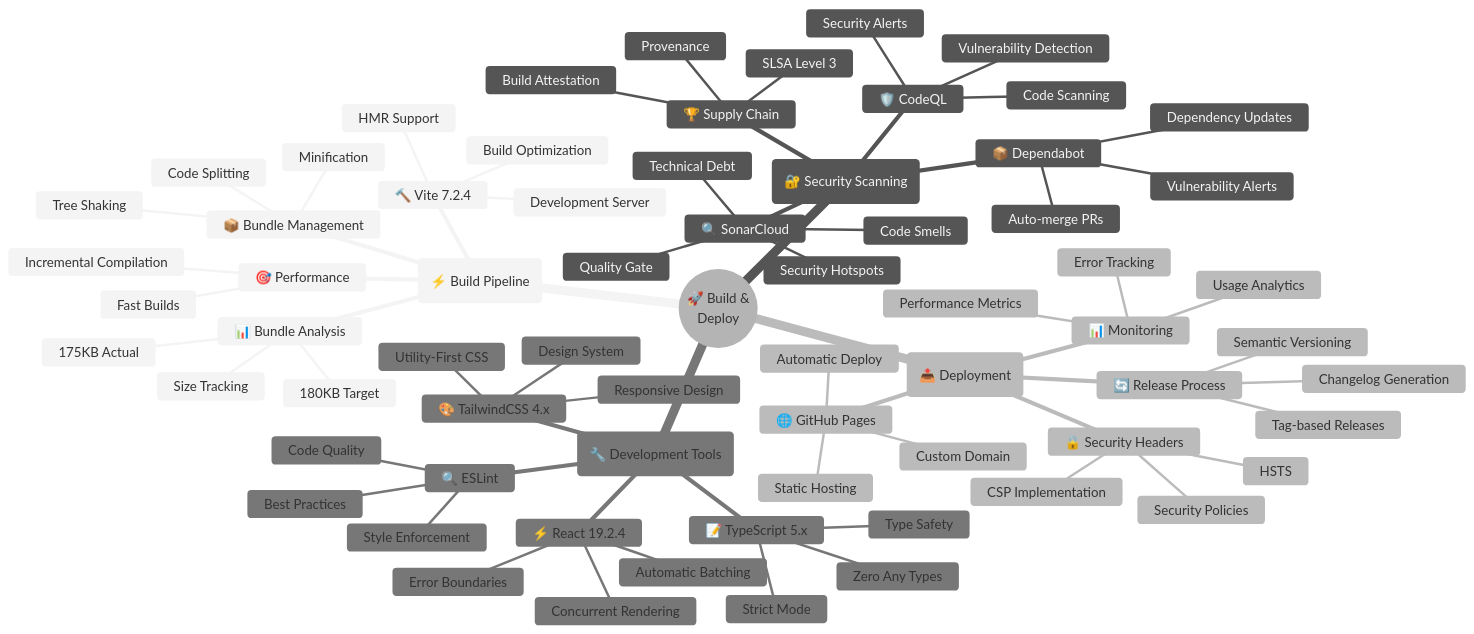
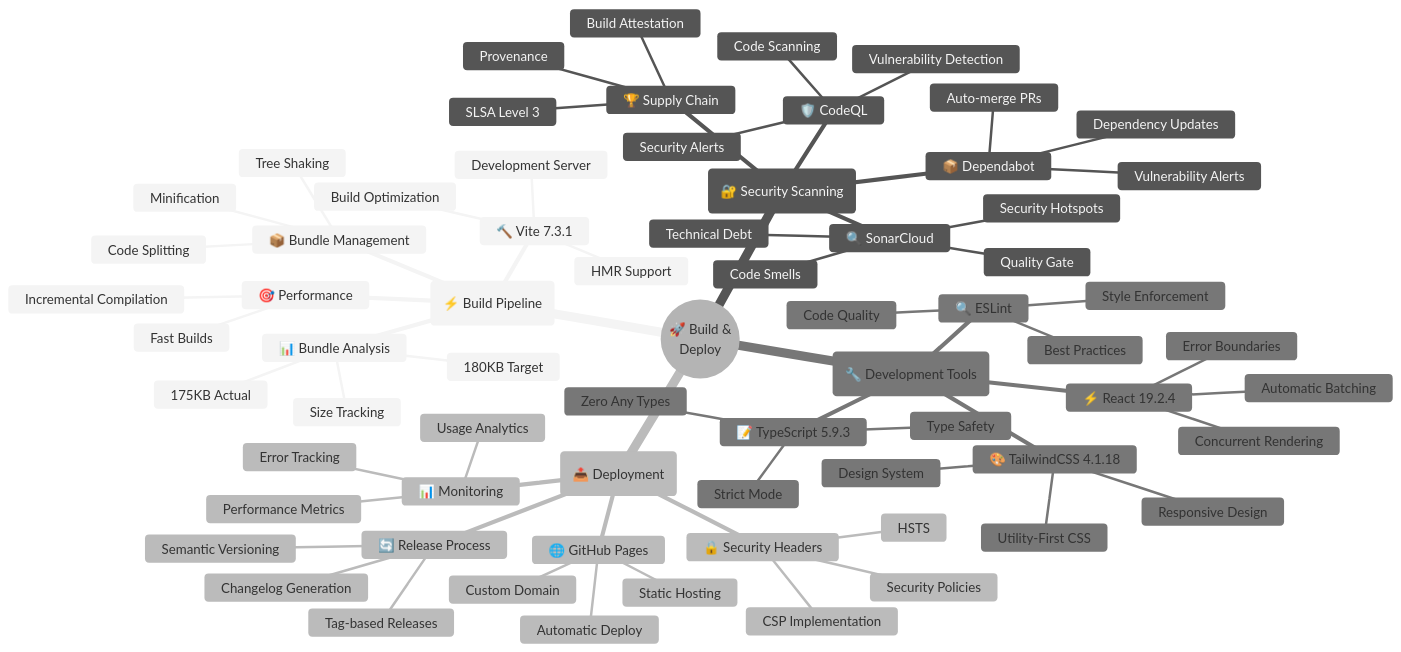
The sixth of 13 diagrams in docs/architecture/MINDMAP.md (Hack23/cia-compliance-manager), drawn with Mermaid (neutral theme) before and after one commit. The commit also changed other lines of this file and 4 other files, not shown here.

Commit message:
Update DATA_MODEL.md with service interfaces, update remaining version refs (Vite 7.3.1, TypeScript 5.9.3, TailwindCSS 4.1.18)

````diff
--- a/docs/architecture/MINDMAP.md
+++ b/docs/architecture/MINDMAP.md
@@ -553,72 +553,72 @@
 ```mermaid
 mindmap
   root((🚀 Build &<br/>Deploy))
     (⚡ Build Pipeline)
-      🔨 Vite 7.2.4
+      🔨 Vite 7.3.1
         Development Server
         HMR Support
         Build Optimization
       📦 Bundle Management
         Code Splitting
         Tree Shaking
         Minification
       📊 Bundle Analysis
         Size Tracking
         175KB Actual
         180KB Target
       🎯 Performance
         Fast Builds
         Incremental Compilation
     (🔐 Security Scanning)
       🔍 SonarCloud
         Quality Gate
         Security Hotspots
         Code Smells
         Technical Debt
       🛡️ CodeQL
         Vulnerability Detection
         Code Scanning
         Security Alerts
       📦 Dependabot
         Dependency Updates
         Vulnerability Alerts
         Auto-merge PRs
       🏆 Supply Chain
         SLSA Level 3
         Build Attestation
         Provenance
     (📤 Deployment)
       🌐 GitHub Pages
         Static Hosting
         Automatic Deploy
         Custom Domain
       🔒 Security Headers
         CSP Implementation
         HSTS
         Security Policies
       📊 Monitoring
         Performance Metrics
         Error Tracking
         Usage Analytics
       🔄 Release Process
         Semantic Versioning
         Changelog Generation
         Tag-based Releases
     (🔧 Development Tools)
-      📝 TypeScript 5.x
+      📝 TypeScript 5.9.3
         Strict Mode
         Type Safety
         Zero Any Types
-      🎨 TailwindCSS 4.x
+      🎨 TailwindCSS 4.1.18
         Utility-First CSS
         Design System
         Responsive Design
       ⚡ React 19.2.4
         Concurrent Rendering
         Error Boundaries
         Automatic Batching
       🔍 ESLint
         Code Quality
         Style Enforcement
         Best Practices
 ```
````
